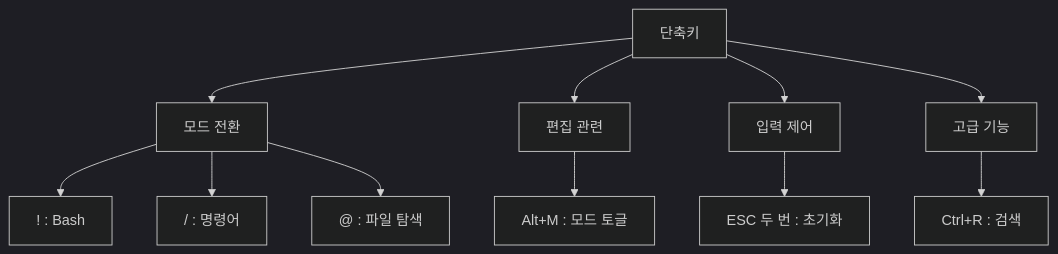
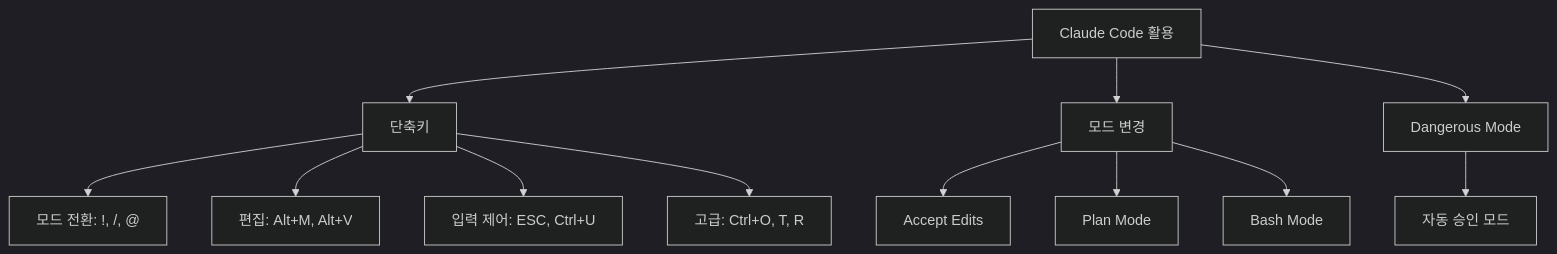
One commit to nugurejeil/weniVooks changed the first of 2 diagrams in _md/essentials-vibecoding/chapter02/02-6.md. Above: the diagram before and after it, drawn with Mermaid (dark theme). The commit also changed other lines of this file and 9 other files, not shown here.

````diff
--- a/_md/essentials-vibecoding/chapter02/02-6.md
+++ b/_md/essentials-vibecoding/chapter02/02-6.md
@@ -13,13 +13,14 @@
 ```mermaid
 flowchart TD
-    A["단축키"] --> B["모드 전환"]
-    A --> C["편집 관련"]
-    A --> D["입력 제어"]
-    A --> E["고급 기능"]
-    B --> B1["! : Bash"]
-    B --> B2["/ : 명령어"]
-    B --> B3["@ : 파일 탐색"]
-    C --> C1["Alt+M : 모드 토글"]
-    D --> D1["ESC 두 번 : 초기화"]
-    E --> E1["Ctrl+R : 검색"]
+    A["Claude Code 활용"] --> B["단축키"]
+    A --> C["모드 변경"]
+    A --> D["Dangerous Mode"]
+    B --> B1["모드 전환: !, /, @"]
+    B --> B2["편집: Alt+M, Alt+V"]
+    B --> B3["입력 제어: ESC, Ctrl+U"]
+    B --> B4["고급: Ctrl+O, T, R"]
+    C --> C1["Accept Edits"]
+    C --> C2["Plan Mode"]
+    C --> C3["Bash Mode"]
+    D --> D1["자동 승인 모드"]
 ```
````
